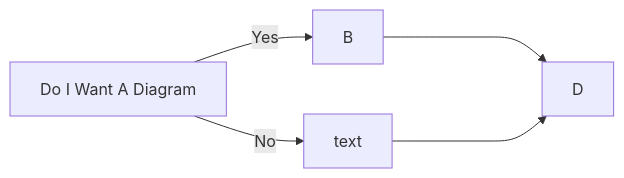
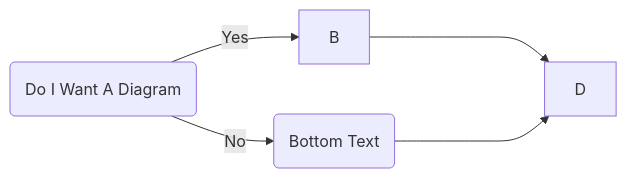
One commit to PanGalacticTech/ISOpower changed the second of 2 diagrams in Documentation/diagram_with_mermaid.md. Above: the diagram before and after it, drawn with Mermaid.

````diff
--- a/Documentation/diagram_with_mermaid.md
+++ b/Documentation/diagram_with_mermaid.md
@@ -13,7 +13,7 @@
 ```mermaid
       graph LR
-      A[Do I Want A Diagram]-- Yes -->B;
-      A[Do I Want A Diagram]-- No -->C[text];
+      A(Do I Want A Diagram)-- Yes -->B;
+      A(Do I Want A Diagram)-- No -->C(Bottom Text);
       B---->D;
       C---->D;
 ```
````
